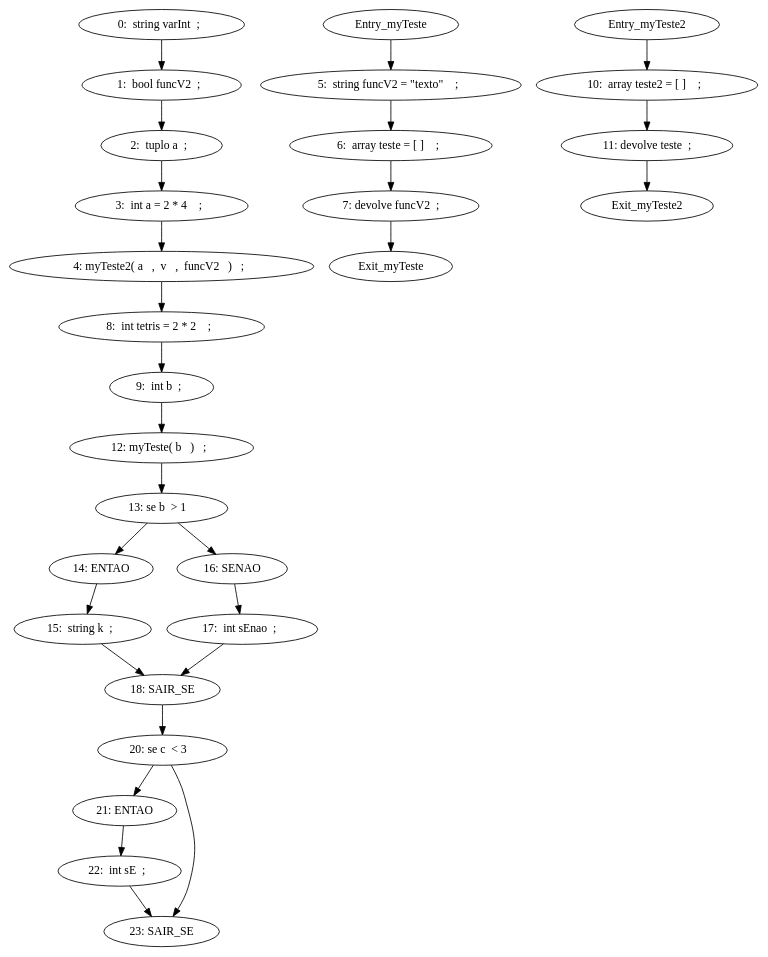
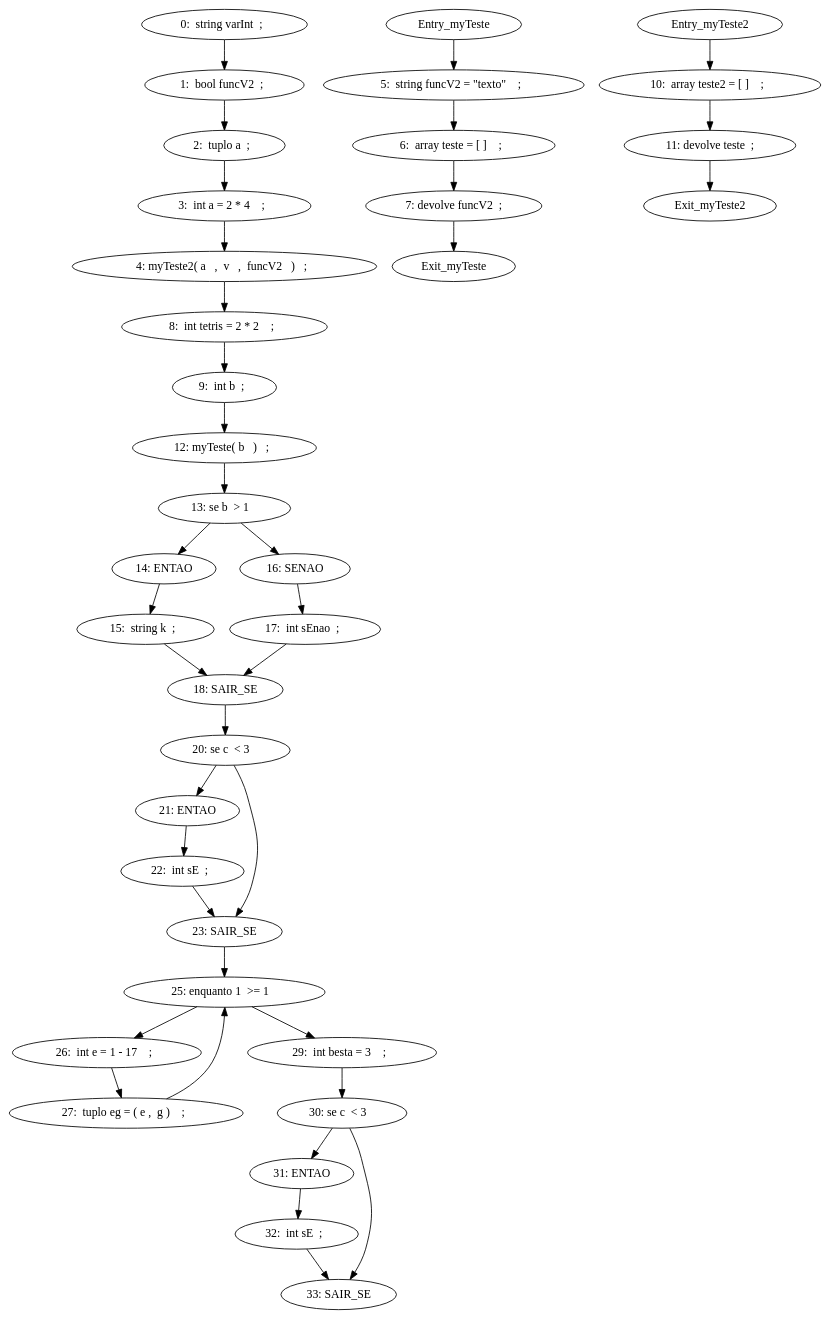
One commit to Yakari144/ImperativeLanguageAnalyser changed the diagram in cfg.dot. Above: the diagram before and after it, drawn with Graphviz. The commit also changed 8 other files, not shown here.

```diff
--- a/cfg.dot
+++ b/cfg.dot
@@ -1,28 +1,38 @@
 digraph G {
 "0:  string varInt  ;  " -> "1:  bool funcV2  ;  "
 "1:  bool funcV2  ;  " -> "2:  tuplo a  ;  "
 "2:  tuplo a  ;  " -> "3:  int a = 2 * 4    ;  "
 "3:  int a = 2 * 4    ;  " -> "4: myTeste2( a   ,  v   ,  funcV2   )   ;  "
 "Entry_myTeste" -> "5:  string funcV2 = \"texto\"    ;  "
 "5:  string funcV2 = \"texto\"    ;  " -> "6:  array teste = [ ]    ;  "
 "6:  array teste = [ ]    ;  " -> "7: devolve funcV2  ; "
 "7: devolve funcV2  ; " -> "Exit_myTeste"
 "4: myTeste2( a   ,  v   ,  funcV2   )   ;  " -> "8:  int tetris = 2 * 2    ;  "
 "8:  int tetris = 2 * 2    ;  " -> "9:  int b  ;  "
 "Entry_myTeste2" -> "10:  array teste2 = [ ]    ;  "
 "10:  array teste2 = [ ]    ;  " -> "11: devolve teste  ; "
 "11: devolve teste  ; " -> "Exit_myTeste2"
 "9:  int b  ;  " -> "12: myTeste( b   )   ;  "
 "12: myTeste( b   )   ;  " -> "13: se b  > 1   "
 "13: se b  > 1   " -> "14: ENTAO"
 "14: ENTAO" -> "15:  string k  ;  "
 "13: se b  > 1   " -> "16: SENAO "
 "16: SENAO " -> "17:  int sEnao  ;  "
 "17:  int sEnao  ;  " -> "18: SAIR_SE"
 "15:  string k  ;  " -> "18: SAIR_SE"
 "18: SAIR_SE" -> "20: se c  < 3   "
 "20: se c  < 3   " -> "21: ENTAO"
 "21: ENTAO" -> "22:  int sE  ;  "
 "22:  int sE  ;  " -> "23: SAIR_SE"
 "20: se c  < 3   " -> "23: SAIR_SE"
+"23: SAIR_SE" -> "25: enquanto 1  >= 1   "
+"25: enquanto 1  >= 1   " -> "26:  int e = 1 - 17    ;  "
+"26:  int e = 1 - 17    ;  " -> "27:  tuplo eg = ( e ,  g )    ;  "
+"27:  tuplo eg = ( e ,  g )    ;  " -> "25: enquanto 1  >= 1   "
+"25: enquanto 1  >= 1   " -> "29:  int besta = 3    ;  "
+"29:  int besta = 3    ;  " -> "30: se c  < 3   "
+"30: se c  < 3   " -> "31: ENTAO"
+"31: ENTAO" -> "32:  int sE  ;  "
+"32:  int sE  ;  " -> "33: SAIR_SE"
+"30: se c  < 3   " -> "33: SAIR_SE"
 }
```
